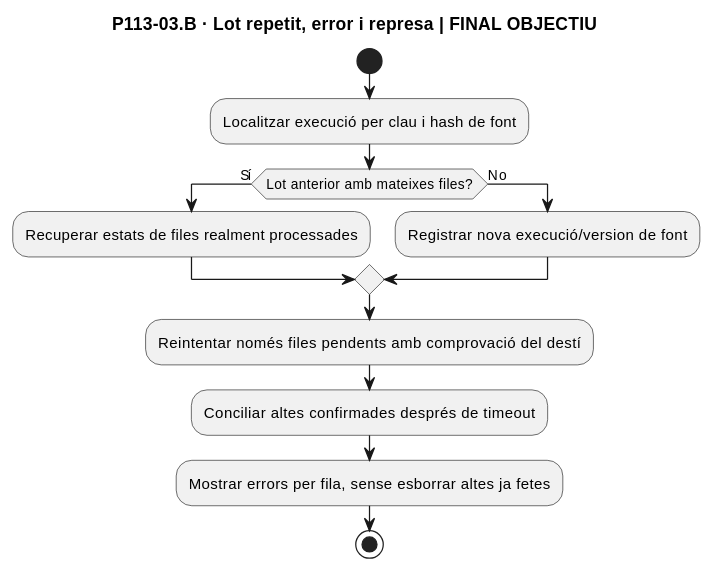
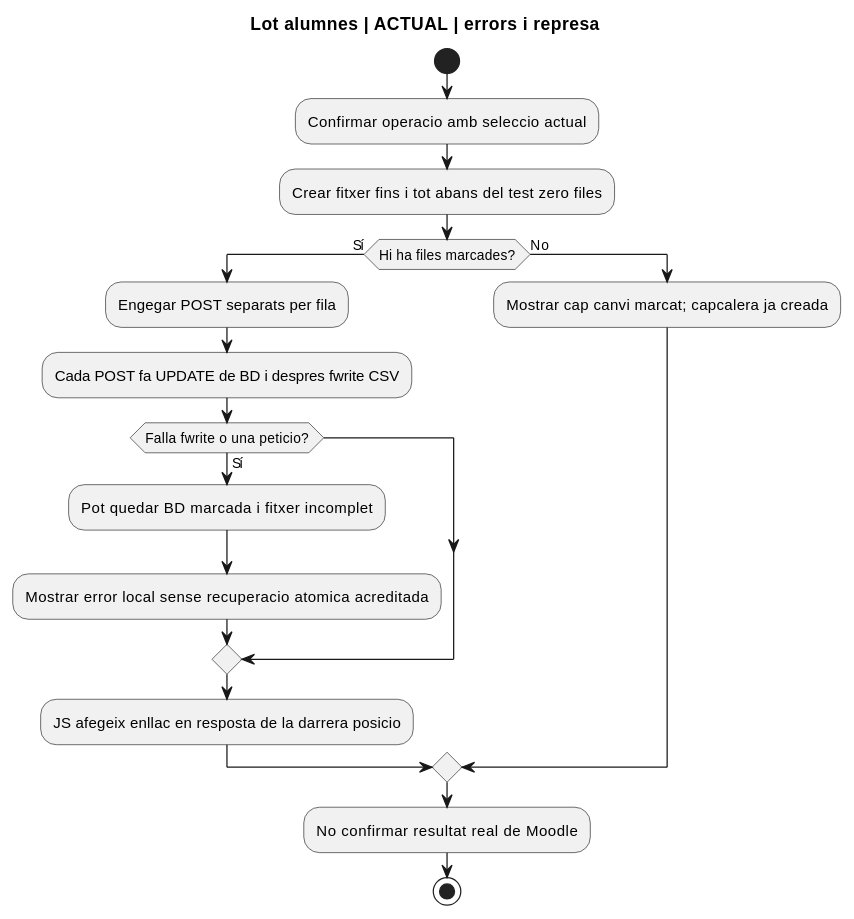
One commit to orgmeriemprismacat-del/verifactu changed diagram 11 of 14 in documentacio/07-uml-integrat/uc-113-activitats-alta-manual-i-importador-lot.md. Above: the diagram before and after it, drawn with PlantUML. The commit also changed other lines of this file, not shown here.

Commit message:
docs: replace phantom batch importer with verified intranet URL and actual/final flow

````diff
--- a/documentacio/07-uml-integrat/uc-113-activitats-alta-manual-i-importador-lot.md
+++ b/documentacio/07-uml-integrat/uc-113-activitats-alta-manual-i-importador-lot.md
@@ -258,16 +248,21 @@
 ```plantuml
 @startuml
-title P113-03.B · Lot repetit, error i represa | FINAL OBJECTIU
+title Lot alumnes | ACTUAL | errors i represa
 start
-:Localitzar execució per clau i hash de font;
-if (Lot anterior amb mateixes files?) then (Sí)
-  :Recuperar estats de files realment processades;
+:Confirmar operacio amb seleccio actual;
+:Crear fitxer fins i tot abans del test zero files;
+if (Hi ha files marcades?) then (Sí)
+  :Engegar POST separats per fila;
+  :Cada POST fa UPDATE de BD i despres fwrite CSV;
+  if (Falla fwrite o una peticio?) then (Sí)
+    :Pot quedar BD marcada i fitxer incomplet;
+    :Mostrar error local sense recuperacio atomica acreditada;
+  endif
+  :JS afegeix enllac en resposta de la darrera posicio;
 else (No)
-  :Registrar nova execució/version de font;
+  :Mostrar cap canvi marcat; capcalera ja creada;
 endif
-:Reintentar només files pendents amb comprovació del destí;
-:Conciliar altes confirmades després de timeout;
-:Mostrar errors per fila, sense esborrar altes ja fetes;
+:No confirmar resultat real de Moodle;
 stop
 @enduml
 ```
````
